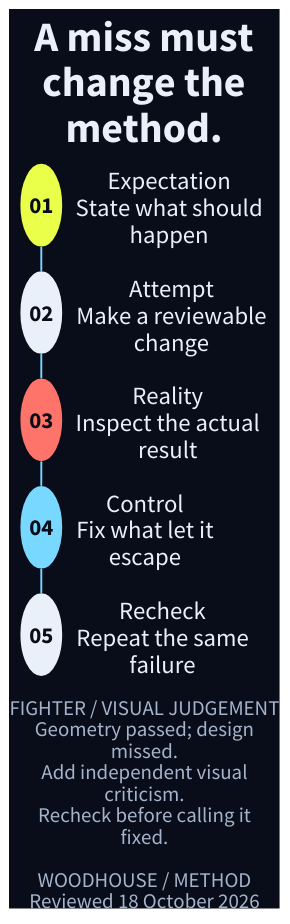
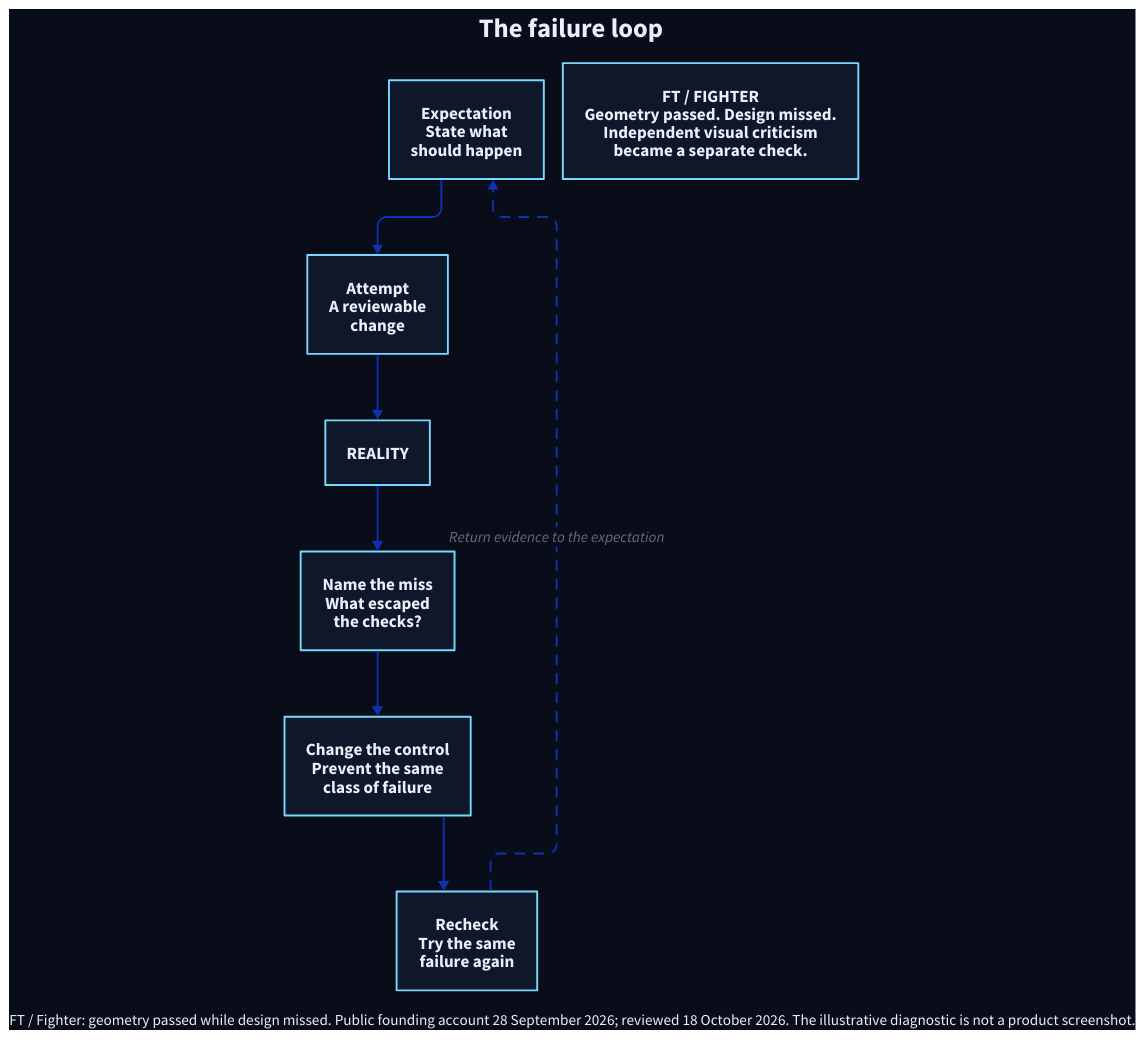
The diagram in diagrams/failure-loop-mobile.d2 (loftwah/woodhouse-new), drawn with D2 before and after one commit. The commit also changed 203 other files, not shown here.

Commit message:
Replace rejected exports with illustrated technical plates

```diff
--- a/diagrams/failure-loop-mobile.d2
+++ b/diagrams/failure-loop-mobile.d2
@@ -1,135 +1,25 @@
-# Woodhouse authored technical plate. Reviewed 18 October 2026.
-# Shape grammar: text = work; circle = responsibility; diamond = decision;
-# labelled stop = evidence boundary; dashed line = return or conditional path.
-# This is a method/relationship, not a claim that every project passed it.
+# Editable Woodhouse system model. Reviewed 18 October 2026.
+# Published illustration and this editable topology are separate artifacts.
+# Retained image master, exact prompts and paired provenance: scripts/assets/technical-plates/failure-loop-mobile.*
 vars: {d2-config: {layout-engine: elk; theme-id: 0; pad: 16}}
+direction: down
 style.fill: "#080D19"
-direction: down
-grid-rows: 5
-grid-columns: 2
-horizontal-gap: 16
-vertical-gap: 28
-
-plate_title: "A miss must\nchange the\nmethod." {
-  shape: text
-  style.font-color: "#EAF0FA"
-  style.font-size: 44
-  style.fill: "transparent"
-  style.stroke: "#EAF0FA"
-  style.stroke-width: 0
-  style.bold: true
-}
-plate_title.near: top-center
-r0: "01" {
-  label.near: center-center
-  shape: circle
-  style.font-color: "#080D19"
-  style.font-size: 24
-  style.fill: "#E9FF49"
-  style.stroke: "#E9FF49"
-  style.stroke-width: 2
-  width: 42
-  height: 42
-  style.bold: true
-}
-t0: "Expectation\nState what should\nhappen" {
-  shape: text
-  style.font-color: "#EAF0FA"
-  style.font-size: 26
-  style.fill: "transparent"
-  style.stroke: "#EAF0FA"
-  style.stroke-width: 0
-}
-r1: "02" {
-  label.near: center-center
-  shape: circle
-  style.font-color: "#080D19"
-  style.font-size: 24
-  style.fill: "#EAF0FA"
-  style.stroke: "#EAF0FA"
-  style.stroke-width: 2
-  width: 42
-  height: 42
-  style.bold: true
-}
-t1: "Attempt\nMake a reviewable\nchange" {
-  shape: text
-  style.font-color: "#EAF0FA"
-  style.font-size: 26
-  style.fill: "transparent"
-  style.stroke: "#EAF0FA"
-  style.stroke-width: 0
-}
-r2: "03" {
-  label.near: center-center
-  shape: circle
-  style.font-color: "#080D19"
-  style.font-size: 24
-  style.fill: "#FF746A"
-  style.stroke: "#FF746A"
-  style.stroke-width: 2
-  width: 42
-  height: 42
-  style.bold: true
-}
-t2: "Reality\nInspect the actual\nresult" {
-  shape: text
-  style.font-color: "#EAF0FA"
-  style.font-size: 26
-  style.fill: "transparent"
-  style.stroke: "#EAF0FA"
-  style.stroke-width: 0
-}
-r3: "04" {
-  label.near: center-center
-  shape: circle
-  style.font-color: "#080D19"
-  style.font-size: 24
-  style.fill: "#79D8FF"
-  style.stroke: "#79D8FF"
-  style.stroke-width: 2
-  width: 42
-  height: 42
-  style.bold: true
-}
-t3: "Control\nFix what let it\nescape" {
-  shape: text
-  style.font-color: "#EAF0FA"
-  style.font-size: 26
-  style.fill: "transparent"
-  style.stroke: "#EAF0FA"
-  style.stroke-width: 0
-}
-r4: "05" {
-  label.near: center-center
-  shape: circle
-  style.font-color: "#080D19"
-  style.font-size: 24
-  style.fill: "#EAF0FA"
-  style.stroke: "#EAF0FA"
-  style.stroke-width: 2
-  width: 42
-  height: 42
-  style.bold: true
-}
-t4: "Recheck\nRepeat the same\nfailure" {
-  shape: text
-  style.font-color: "#EAF0FA"
-  style.font-size: 26
-  style.fill: "transparent"
-  style.stroke: "#EAF0FA"
-  style.stroke-width: 0
-}
-r0 -> r1: "" {style.stroke: "#79D8FF"; style.stroke-width: 2; style.font-color: "#79D8FF"; style.font-size: 22; target-arrowhead.shape: none;}
-r1 -> r2: "" {style.stroke: "#79D8FF"; style.stroke-width: 2; style.font-color: "#79D8FF"; style.font-size: 22; target-arrowhead.shape: none;}
-r2 -> r3: "" {style.stroke: "#79D8FF"; style.stroke-width: 2; style.font-color: "#79D8FF"; style.font-size: 22; target-arrowhead.shape: none;}
-r3 -> r4: "" {style.stroke: "#79D8FF"; style.stroke-width: 2; style.font-color: "#79D8FF"; style.font-size: 22; target-arrowhead.shape: none;}
-plate_note: "FIGHTER / VISUAL JUDGEMENT\nGeometry passed; design\nmissed.\nAdd independent visual\ncriticism.\nRecheck before calling it\nfixed.\n\nWOODHOUSE / METHOD\nReviewed 18 October 2026" {
-  shape: text
-  style.font-color: "#A6B4CB"
-  style.font-size: 22
-  style.fill: "transparent"
-  style.stroke: "#A6B4CB"
-  style.stroke-width: 0
-}
-plate_note.near: bottom-center
+*.style.fill: "#0F182A"
+*.style.stroke: "#79D8FF"
+*.style.font-color: "#EAF0FA"
+*.style.font-size: 18
+title: "The failure loop" {shape: text; near: top-center; style.font-size: 28; style.bold: true}
+belief: "Expectation\nState what\nshould happen" {}
+work: "Attempt\nA reviewable\nchange" {}
+observe: "REALITY" {}
+failure: "Name the miss\nWhat escaped\nthe checks?" {}
+control: "Change the control\nPrevent the same\nclass of failure" {}
+recheck: "Recheck\nTry the same\nfailure again" {}
+example: "FT / FIGHTER\nGeometry passed. Design missed.\nIndependent visual criticism\nbecame a separate check." {}
+belief -> work: ""
+work -> observe: ""
+observe -> failure: ""
+failure -> control: ""
+control -> recheck: ""
+recheck -> belief: "Return evidence to the expectation" {style.stroke-dash: 5}
+note: "FT / Fighter: geometry passed while design missed. Public founding account 28 September 2026; reviewed 18 October 2026. The illustrative diagnostic is not a product screenshot." {shape: text; near: bottom-center; style.font-size: 16}
```
